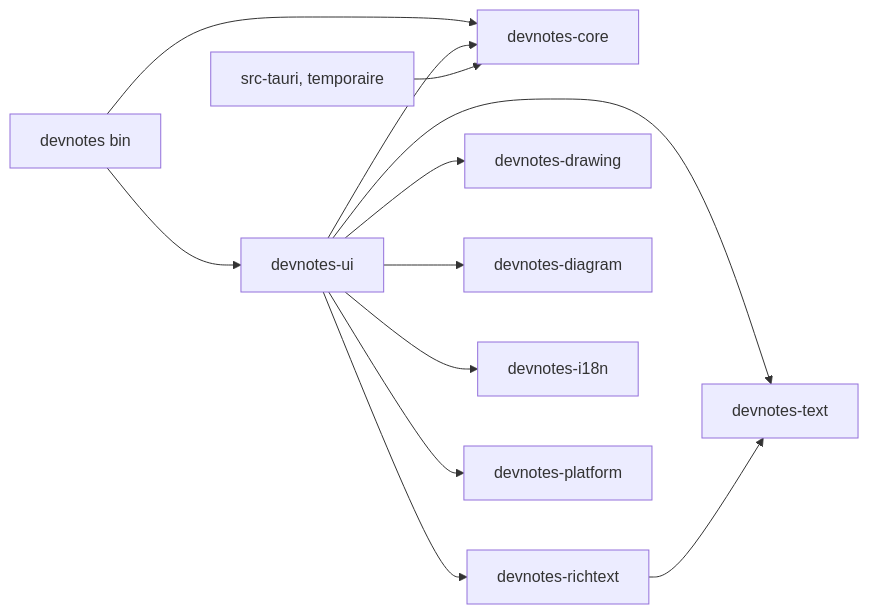
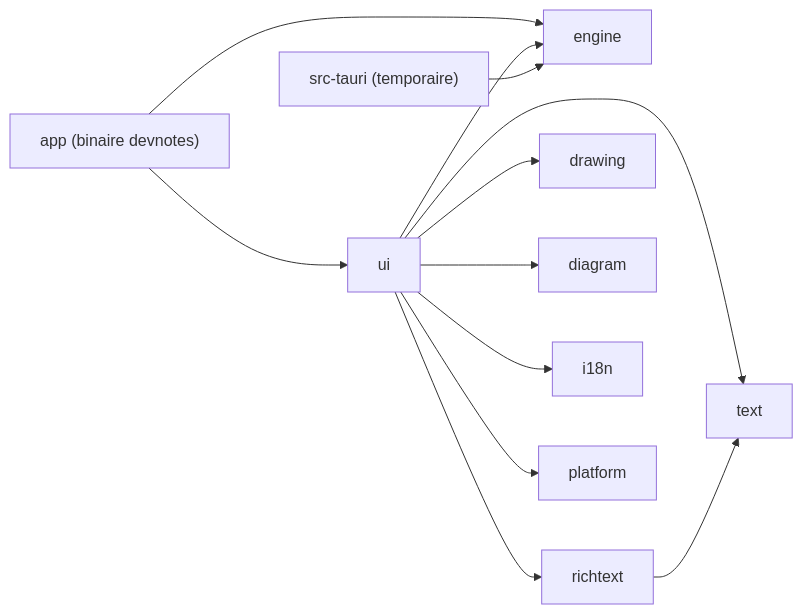
Before and after one commit to vmillet-dev/devnotes-rs: the first of 7 diagrams in docs/egui-migration-plan.md, drawn with Mermaid. The commit also changed other lines of this file, not shown here.

First line of the commit message:
Architecture: name the planned crates without a devnotes- prefix

````diff
--- a/docs/egui-migration-plan.md
+++ b/docs/egui-migration-plan.md
@@ -208,14 +216,14 @@
 ```mermaid
 flowchart LR
-  bin[devnotes bin] --> ui[devnotes-ui]
-  bin --> core
-  ui --> core[devnotes-core]
-  ui --> text[devnotes-text]
-  ui --> rich[devnotes-richtext]
-  ui --> draw[devnotes-drawing]
-  ui --> diag[devnotes-diagram]
-  ui --> i18n[devnotes-i18n]
-  ui --> plat[devnotes-platform]
-  rich --> text
-  tauri[src-tauri, temporaire] --> core
+  app["app (binaire devnotes)"] --> ui
+  app --> engine
+  ui --> engine
+  ui --> text
+  ui --> richtext
+  ui --> drawing
+  ui --> diagram
+  ui --> i18n
+  ui --> platform
+  richtext --> text
+  tauri["src-tauri (temporaire)"] --> engine
 ```
````
